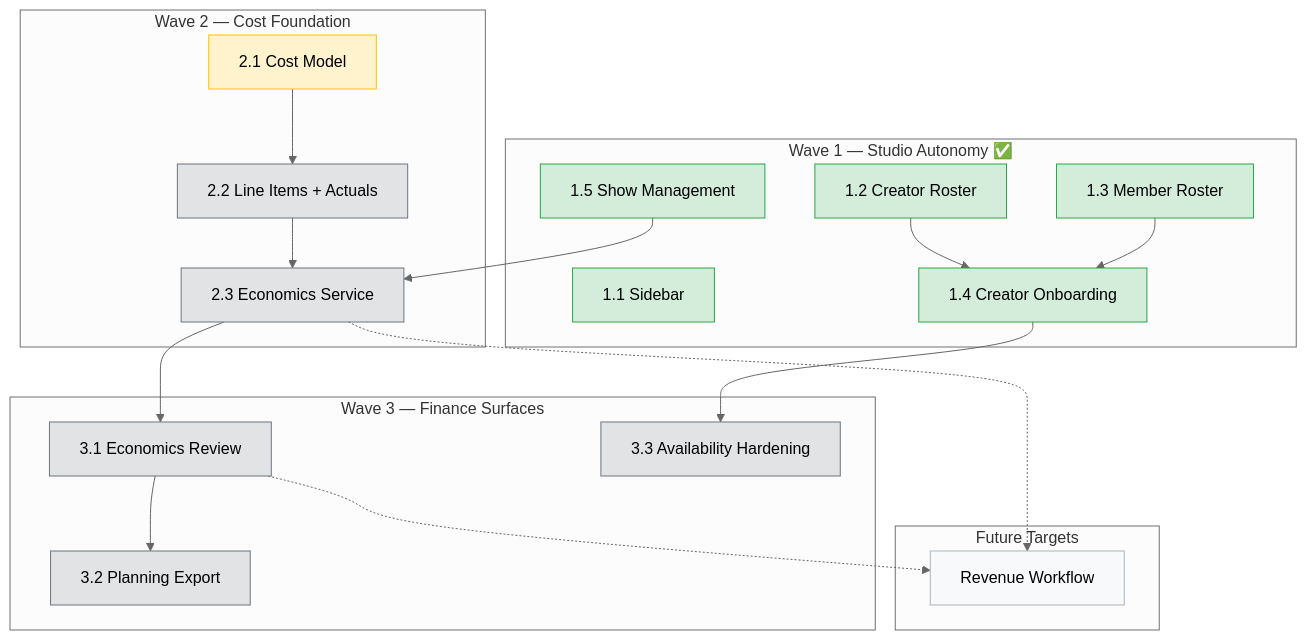
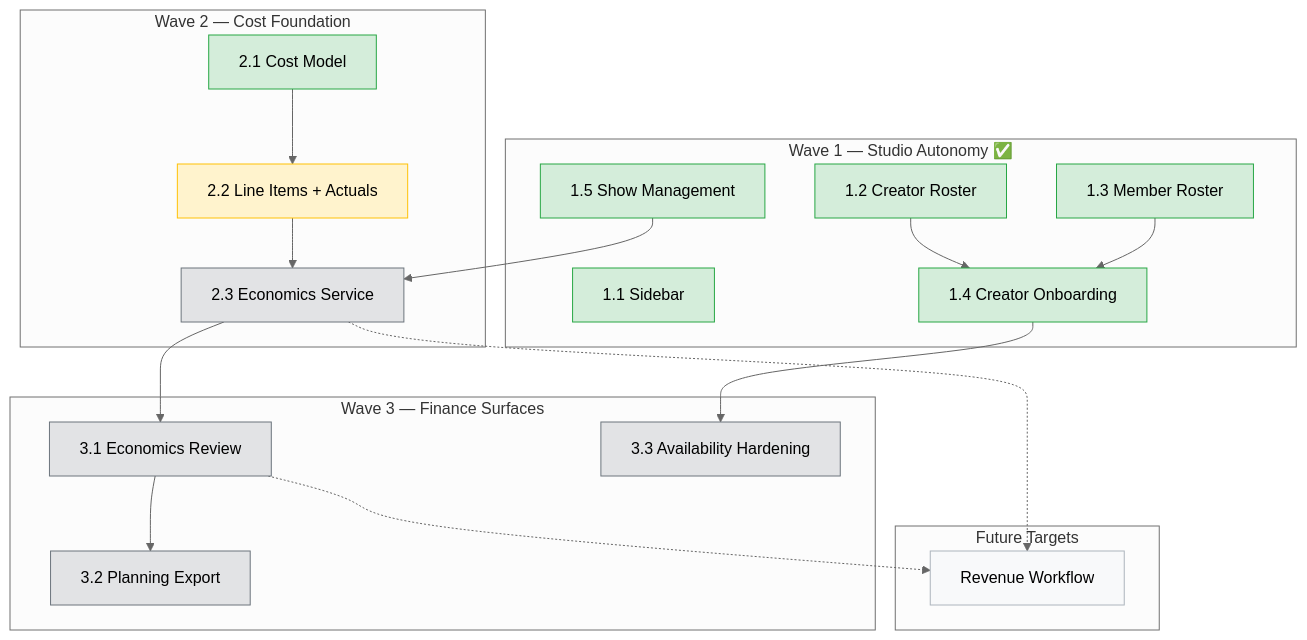
Before and after one commit to allenlin90/eridu-services: the diagram in docs/roadmap/PHASE_4.md, drawn with Mermaid (neutral theme). The commit also changed other lines of this file and 23 other files, not shown here.

````diff
--- a/docs/roadmap/PHASE_4.md
+++ b/docs/roadmap/PHASE_4.md
@@ -65,46 +65,46 @@
 ```mermaid
 flowchart TD
     subgraph wave1["Wave 1 — Studio Autonomy ✅"]
         W1_1["1.1 Sidebar"]
         W1_2["1.2 Creator Roster"]
         W1_3["1.3 Member Roster"]
         W1_4["1.4 Creator Onboarding"]
         W1_5["1.5 Show Management"]
     end
 
     subgraph wave2["Wave 2 — Cost Foundation"]
         W2_1["2.1 Cost Model"]
         W2_2["2.2 Line Items + Actuals"]
         W2_3["2.3 Economics Service"]
     end
 
     subgraph wave3["Wave 3 — Finance Surfaces"]
         W3_1["3.1 Economics Review"]
         W3_2["3.2 Planning Export"]
         W3_3["3.3 Availability Hardening"]
     end
 
     subgraph future["Future Targets"]
         W4_1["Revenue Workflow"]
     end
 
     W1_2 --> W1_4
     W1_3 --> W1_4
     W1_5 --> W2_3
     W2_1 --> W2_2 --> W2_3
     W2_3 --> W3_1
     W3_1 --> W3_2
     W1_4 --> W3_3
     W2_3 -.-> W4_1
     W3_1 -.-> W4_1
 
     classDef done fill:#d4edda,stroke:#28a745,color:#000
     classDef active fill:#fff3cd,stroke:#ffc107,color:#000
     classDef planned fill:#e2e3e5,stroke:#6c757d,color:#000
     classDef future fill:#f8f9fa,stroke:#adb5bd,color:#000
 
-    class W1_1,W1_2,W1_3,W1_4,W1_5 done
-    class W2_1 active
-    class W2_2,W2_3,W3_1,W3_2,W3_3 planned
+    class W1_1,W1_2,W1_3,W1_4,W1_5,W2_1 done
+    class W2_2 active
+    class W2_3,W3_1,W3_2,W3_3 planned
     class W4_1 future
 ```
````
